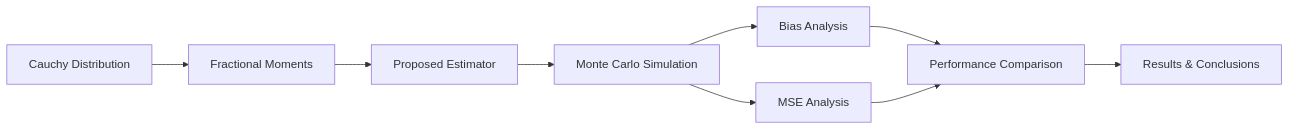
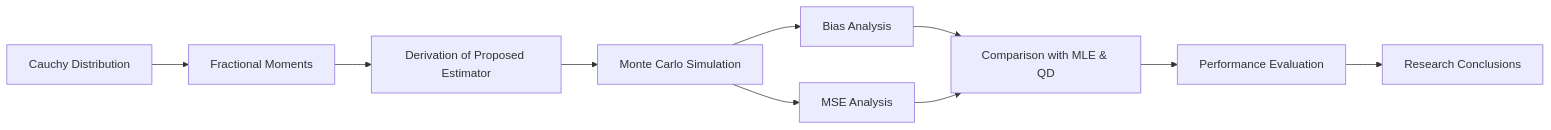
One commit to Debapriyo1110/Estimiation_of_Scale_Parameter_for_Cauchy_Distribution_A_Moment_Based_Approach changed the diagram in README.md. Above: the diagram before and after it, drawn with Mermaid. The commit also changed other lines of this file, not shown here.

````diff
--- a/README.md
+++ b/README.md
@@ -110,22 +113,22 @@
 ```mermaid
 flowchart LR
 
 A[Cauchy Distribution]
-
 -->B[Fractional Moments]
 
-B-->C[Proposed Estimator]
+B-->C[Derivation of Proposed Estimator]
 
 C-->D[Monte Carlo Simulation]
 
 D-->E[Bias Analysis]
 
 D-->F[MSE Analysis]
 
-E-->G[Performance Comparison]
+E-->G[Comparison with MLE & QD]
 
 F-->G
 
-G-->H[Results & Conclusions]
+G-->H[Performance Evaluation]
 
+H-->I[Research Conclusions]
 ```
````
